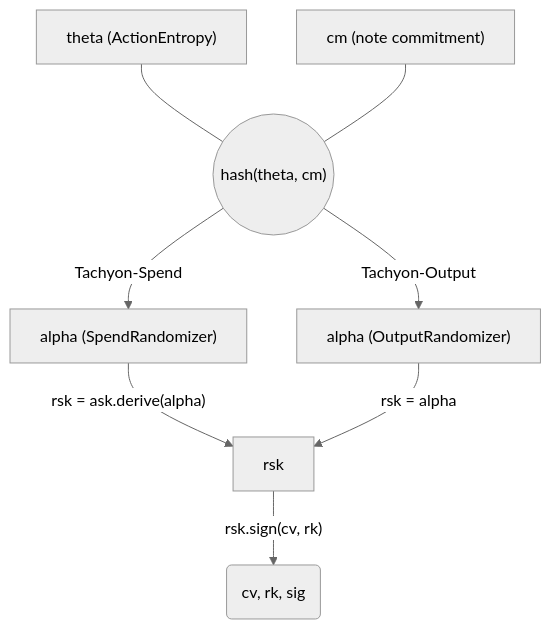
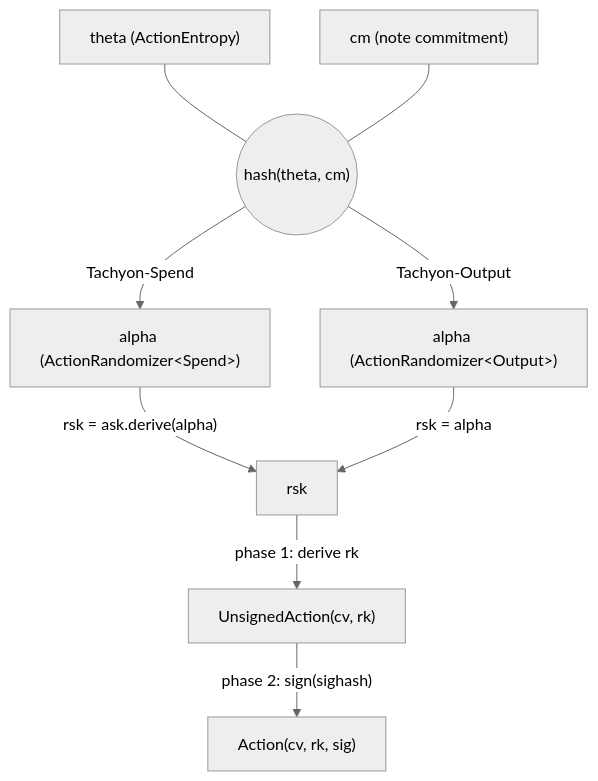
One commit to tachyon-zcash/tachyon changed the first of 2 diagrams in book/src/authorization.md. Above: the diagram before and after it, drawn with Mermaid (neutral theme). The commit also changed other lines of this file and 12 other files, not shown here.

````diff
--- a/book/src/authorization.md
+++ b/book/src/authorization.md
@@ -11,18 +11,20 @@
 ```mermaid
 flowchart TB
     theta["theta (ActionEntropy)"]
     cm["cm (note commitment)"]
     hash(("hash(theta, cm)"))
 
-    theta & cm --- hash 
-    
-    hash -->|"Tachyon-Spend"| spend_alpha 
+    theta & cm --- hash
+
+    hash -->|"Tachyon-Spend"| spend_alpha
     hash -->|"Tachyon-Output"| output_alpha
 
-    spend_alpha["alpha (SpendRandomizer)"]
-    output_alpha["alpha (OutputRandomizer)"]
+    spend_alpha["alpha (ActionRandomizer&lt;Spend&gt;)"]
+    output_alpha["alpha (ActionRandomizer&lt;Output&gt;)"]
 
     spend_alpha -->|"rsk = ask.derive(alpha)"| rsk
+    output_alpha -->|"rsk = alpha"| rsk
 
-    output_alpha -->|"rsk = alpha"| rsk -->|"rsk.sign(cv, rk)"| action(cv, rk, sig)
+    rsk -->|"phase 1: derive rk"| unsigned["UnsignedAction(cv, rk)"]
+    unsigned -->|"phase 2: sign(sighash)"| action["Action(cv, rk, sig)"]
 ```
````
